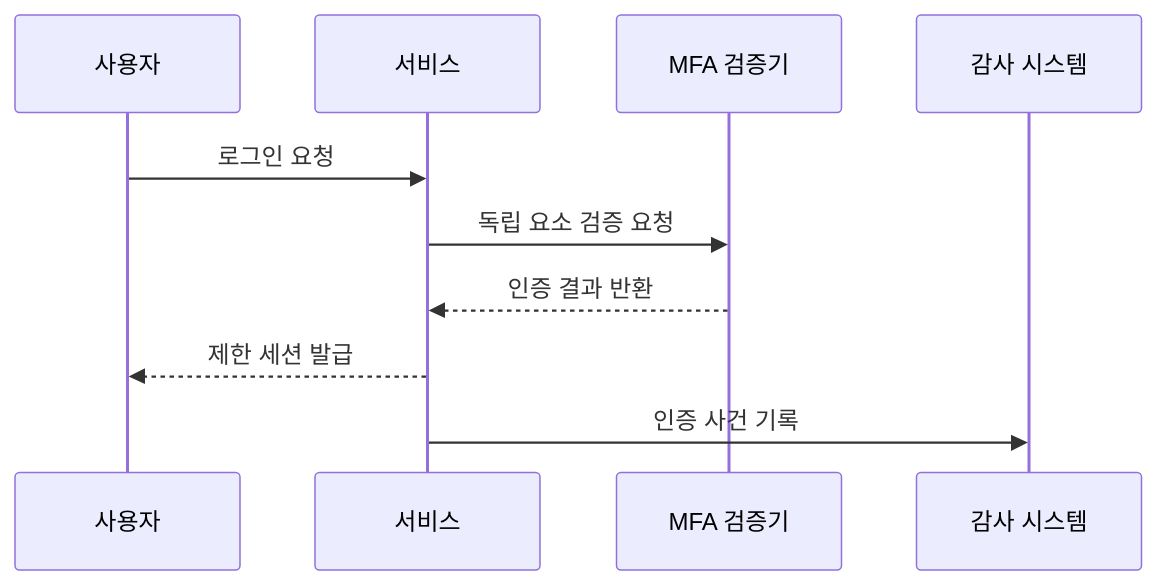
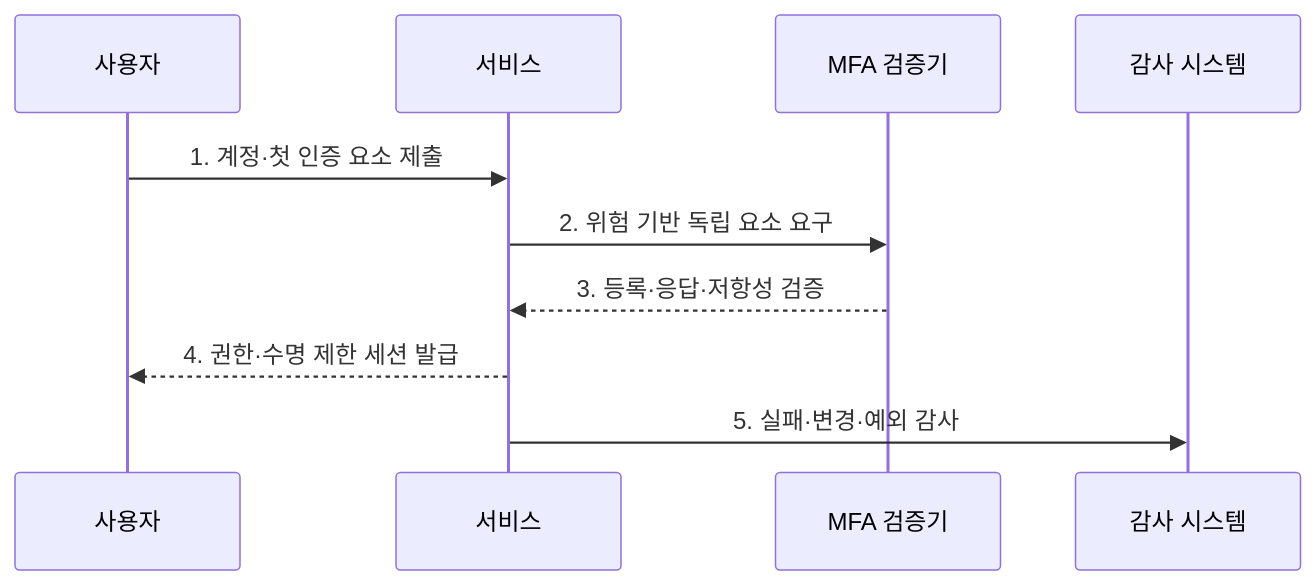
The second of 2 diagrams in src/content/docs/notes/05-security/054_mfa.md (agnusdei1207/knowledge-base), drawn with Mermaid before and after one commit. The commit also changed other lines of this file and 11 other files, not shown here.

````diff
--- a/src/content/docs/notes/05-security/054_mfa.md
+++ b/src/content/docs/notes/05-security/054_mfa.md
@@ -84,12 +83,12 @@
 ```mermaid
 sequenceDiagram
     participant U as 사용자
     participant S as 서비스
     participant V as MFA 검증기
     participant A as 감사 시스템
-    U->>S: 로그인 요청
-    S->>V: 독립 요소 검증 요청
-    V-->>S: 인증 결과 반환
-    S-->>U: 제한 세션 발급
-    S->>A: 인증 사건 기록
+    U->>S: 1. 계정·첫 인증 요소 제출
+    S->>V: 2. 위험 기반 독립 요소 요구
+    V-->>S: 3. 등록·응답·저항성 검증
+    S-->>U: 4. 권한·수명 제한 세션 발급
+    S->>A: 5. 실패·변경·예외 감사
 ```
````
